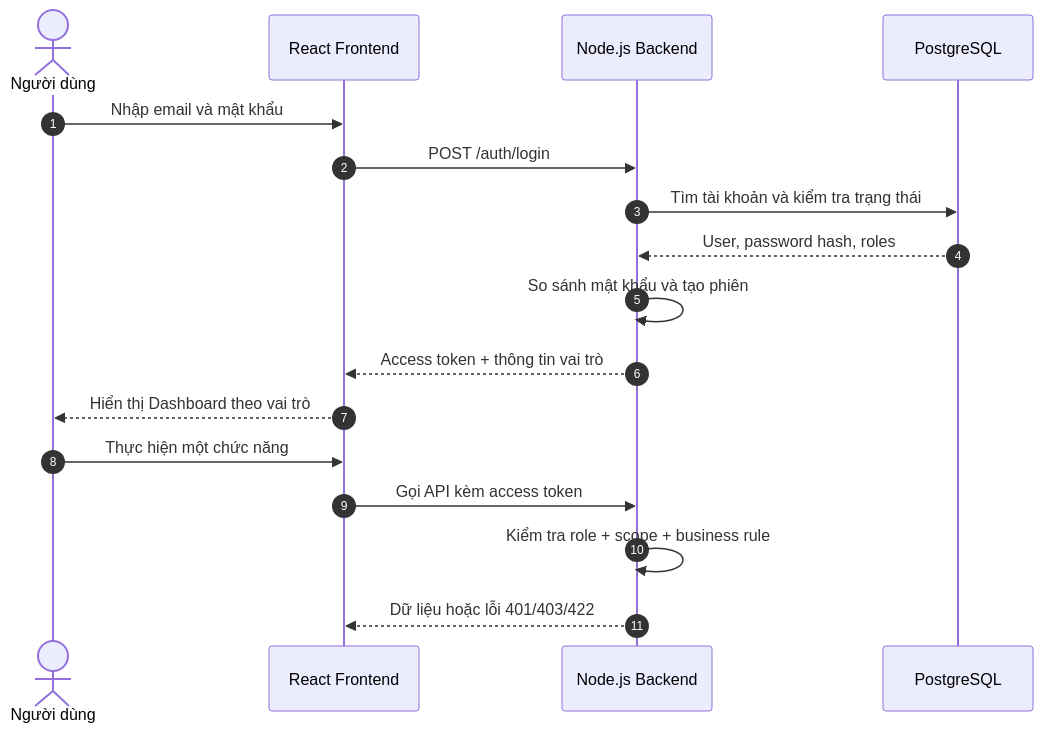
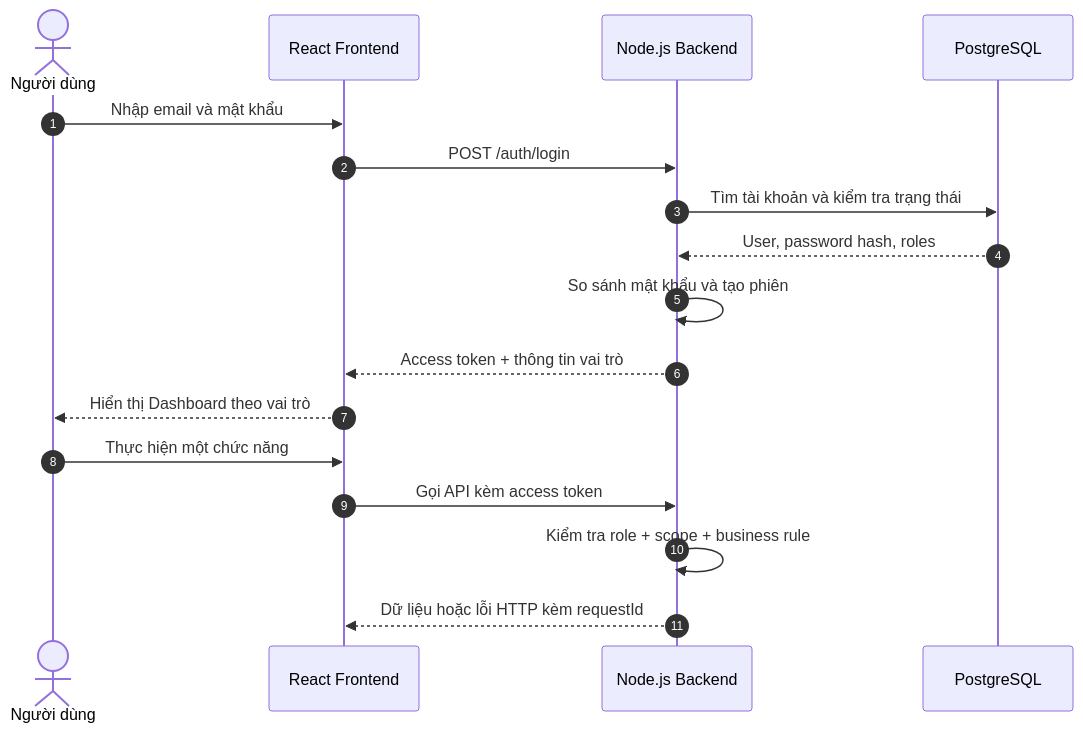
One commit to Eyblcat12/Cryta changed the second of 9 diagrams in 01_luong_hoat_dong_he_thong.md. Above: the diagram before and after it, drawn with Mermaid. The commit also changed other lines of this file and 356 other files, not shown here.

````diff
--- a/01_luong_hoat_dong_he_thong.md
+++ b/01_luong_hoat_dong_he_thong.md
@@ -73,21 +77,21 @@
 ```mermaid
 sequenceDiagram
     autonumber
     actor U as Người dùng
     participant FE as React Frontend
     participant API as Node.js Backend
     participant DB as PostgreSQL
 
     U->>FE: Nhập email và mật khẩu
     FE->>API: POST /auth/login
     API->>DB: Tìm tài khoản và kiểm tra trạng thái
     DB-->>API: User, password hash, roles
     API->>API: So sánh mật khẩu và tạo phiên
     API-->>FE: Access token + thông tin vai trò
     FE-->>U: Hiển thị Dashboard theo vai trò
 
     U->>FE: Thực hiện một chức năng
     FE->>API: Gọi API kèm access token
     API->>API: Kiểm tra role + scope + business rule
-    API-->>FE: Dữ liệu hoặc lỗi 401/403/422
+    API-->>FE: Dữ liệu hoặc lỗi HTTP kèm requestId
 ```
````
